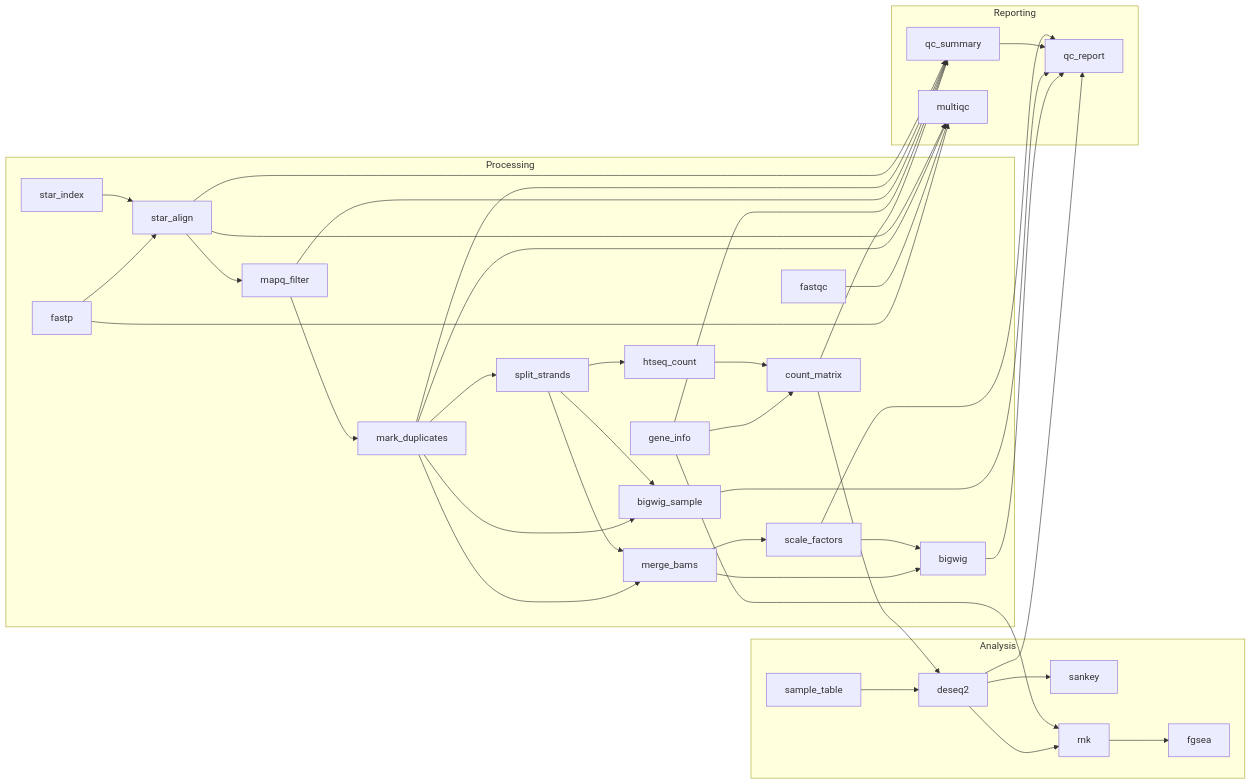
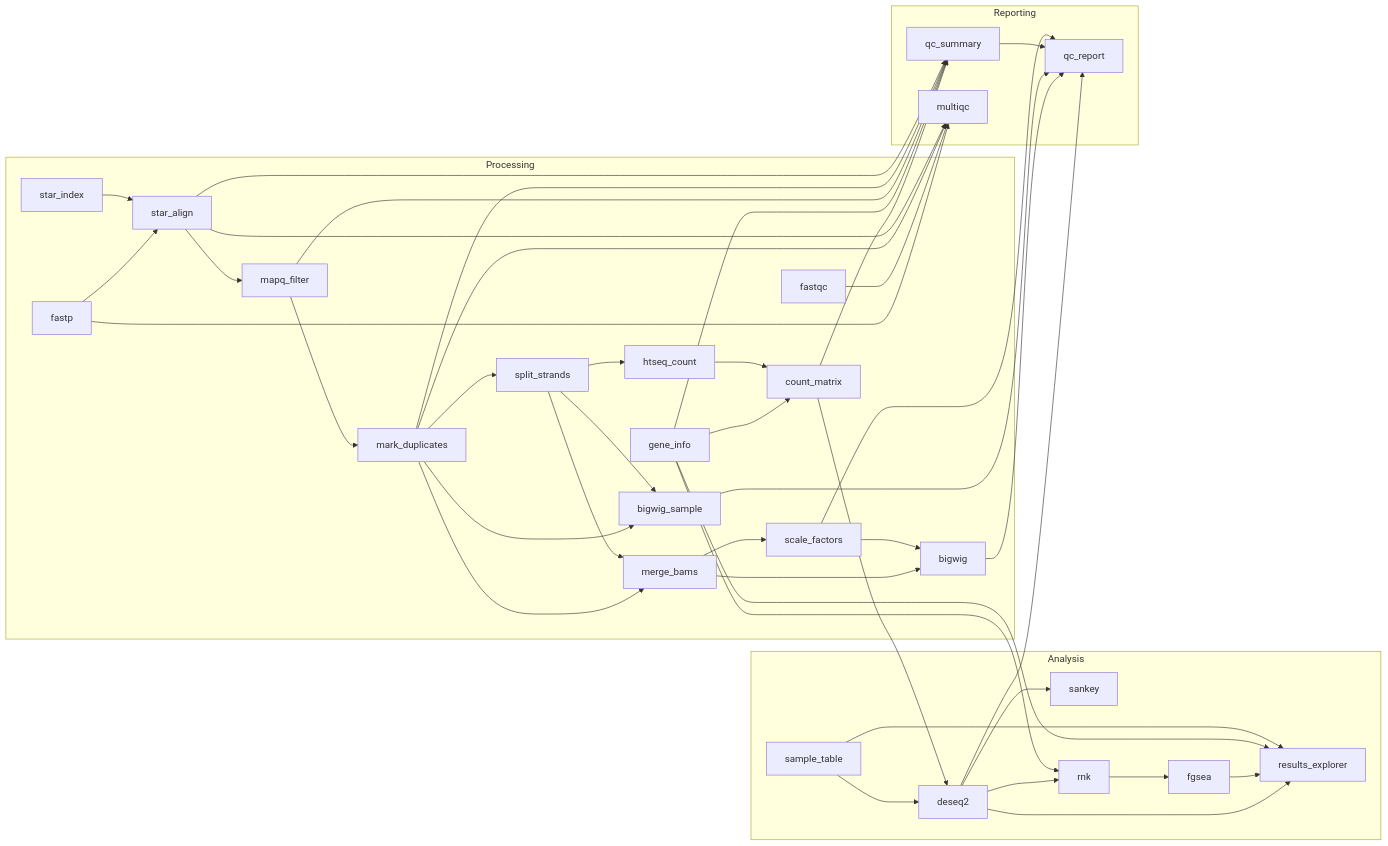
The diagram in CODE_GUIDE.md (jpflores-13/TTpipe), drawn with Mermaid before and after one commit. The commit also changed other lines of this file and 29 other files, not shown here.

First line of the commit message:
Add results explorer; fix stale sample table, CI argparse bug; docs for all users

````diff
--- a/CODE_GUIDE.md
+++ b/CODE_GUIDE.md
@@ -93,66 +94,71 @@
 ```mermaid
 flowchart LR
   subgraph Processing["Processing"]
     fastqc[fastqc]
     mark_duplicates[mark_duplicates]
     mapq_filter[mapq_filter]
     star_align[star_align]
     fastp[fastp]
     star_index[star_index]
     split_strands[split_strands]
     bigwig[bigwig]
     merge_bams[merge_bams]
     scale_factors[scale_factors]
     bigwig_sample[bigwig_sample]
     count_matrix[count_matrix]
     htseq_count[htseq_count]
     gene_info[gene_info]
   end
   subgraph Analysis["Analysis"]
     sample_table[sample_table]
     deseq2[deseq2]
     sankey[sankey]
     fgsea[fgsea]
     rnk[rnk]
+    results_explorer[results_explorer]
   end
   subgraph Reporting["Reporting"]
     qc_report[qc_report]
     qc_summary[qc_summary]
     multiqc[multiqc]
   end
   bigwig --> qc_report
   bigwig_sample --> qc_report
   count_matrix --> deseq2
   count_matrix --> qc_summary
   deseq2 --> qc_report
+  deseq2 --> results_explorer
   deseq2 --> rnk
   deseq2 --> sankey
   fastp --> multiqc
   fastp --> star_align
   fastqc --> multiqc
+  fgsea --> results_explorer
   gene_info --> count_matrix
   gene_info --> qc_summary
+  gene_info --> results_explorer
   gene_info --> rnk
   htseq_count --> count_matrix
   mapq_filter --> mark_duplicates
   mapq_filter --> qc_summary
   mark_duplicates --> bigwig_sample
   mark_duplicates --> merge_bams
   mark_duplicates --> multiqc
   mark_duplicates --> qc_summary
   mark_duplicates --> split_strands
   merge_bams --> bigwig
   merge_bams --> scale_factors
   qc_summary --> qc_report
   rnk --> fgsea
   sample_table --> deseq2
+  sample_table --> results_explorer
   scale_factors --> bigwig
   scale_factors --> qc_report
   split_strands --> bigwig_sample
   split_strands --> htseq_count
   split_strands --> merge_bams
   star_align --> mapq_filter
   star_align --> multiqc
   star_align --> qc_summary
   star_index --> star_align
 ```
````
